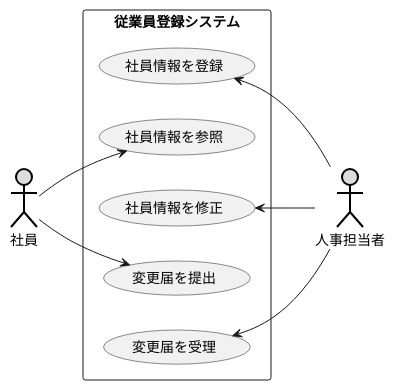
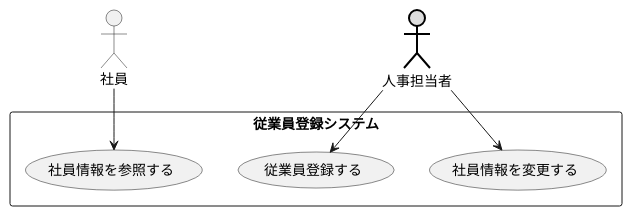
Before and after one commit to Tomok1w/uml-introduction: the diagram in 演習2-6_盛岡システム_従業員登録システム.pu, drawn with PlantUML. The commit also changed 3 other files, not shown here.

```diff
--- a/演習2-6_盛岡システム_従業員登録システム.pu
+++ b/演習2-6_盛岡システム_従業員登録システム.pu
@@ -1,18 +1,13 @@
-@startuml 従業員登録システム
-left to right direction
-actor 社員#DDDDDD;line:Black;line.bold;
-actor 人事担当者#DDDDDD;line:Black;line.bold;
-rectangle 従業員登録システム {
-    usecase 社員情報を登録
-    usecase 社員情報を参照
-    usecase 社員情報を修正
-    usecase 変更届を提出
-    usecase 変更届を受理
-
-}
-社員情報を登録 <-- 人事担当者
-社員 --> 変更届を提出
-社員 --> 社員情報を参照
-変更届を受理 <-- 人事担当者
-社員情報を修正 <-- 人事担当者
+@startuml 盛岡システム（株）
+    ' left to right direction
+    actor 社員 as d
+    actor 人事担当者 as a #DDDDDD;line:black;line.bold;
+    rectangle 従業員登録システム {
+    usecase 従業員登録する as b
+    usecase 社員情報を参照する as c
+    usecase 社員情報を変更する as e
+    }
+    a --> b
+    d --> c
+    a --> e
 @enduml
```
